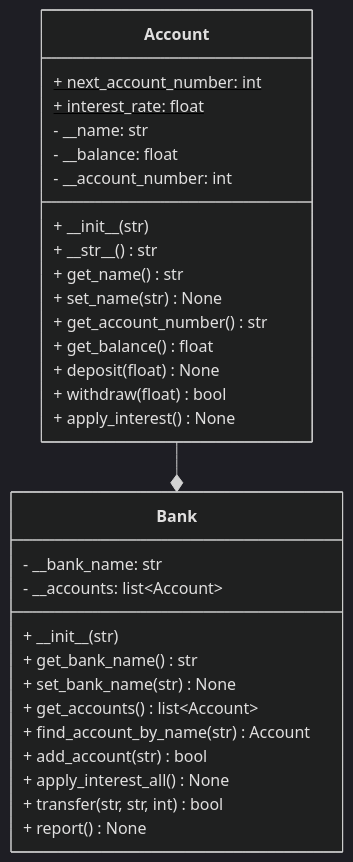
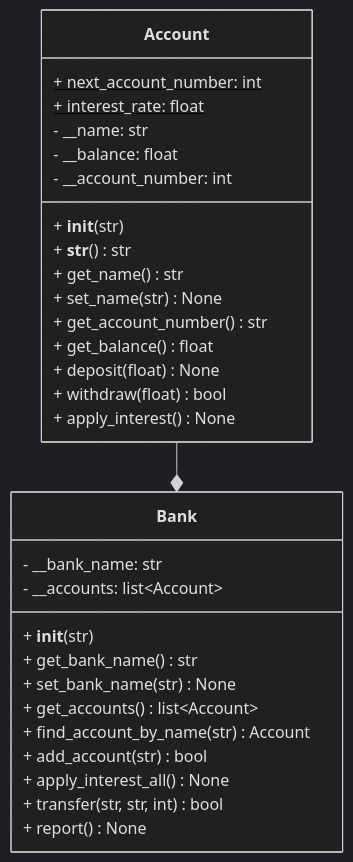
One commit to isf-dp-cs/isf-dp-cs.github.io changed the third of 5 diagrams in content/new_syllabus/unit_03_oop/02_encapsulation/_index.md. Above: the diagram before and after it, drawn with Mermaid (dark theme). The commit also changed other lines of this file and 2 other files, not shown here.

Commit message:
removed bolding from meramid diagrams, minor updates to polymorphism lab to includea dding cards and extension

```diff
--- a/content/new_syllabus/unit_03_oop/02_encapsulation/_index.md
+++ b/content/new_syllabus/unit_03_oop/02_encapsulation/_index.md
@@ -143,37 +143,37 @@
 {{< mermaid >}}
 
 classDiagram
     class Account {
         + next_account_number: int$
         + interest_rate: float$
         - __name: str
         - __balance: float
         - __account_number: int
-        + \_\_init__(str)
-        + \_\_str__() str
+        + __init__(str)
+        + __str__() str
         + get_name() str
         + set_name(str) None
         + get_account_number() str
         + get_balance() float
         + deposit(float) None
         + withdraw(float) bool
         + apply_interest() None
     }
 
     class Bank {
         - __bank_name: str
         - __accounts: list~Account~
-        + \_\_init__(str)
+        + __init__(str)
         + get_bank_name() str
         + set_bank_name(str) None
         + get_accounts() list~Account~
         + find_account_by_name(str) Account
         + add_account(str) bool
         + apply_interest_all() None
         + transfer(str, str, int) bool
         + report() None
     } 
 
     Account --* Bank
    
 {{< /mermaid >}}
```
